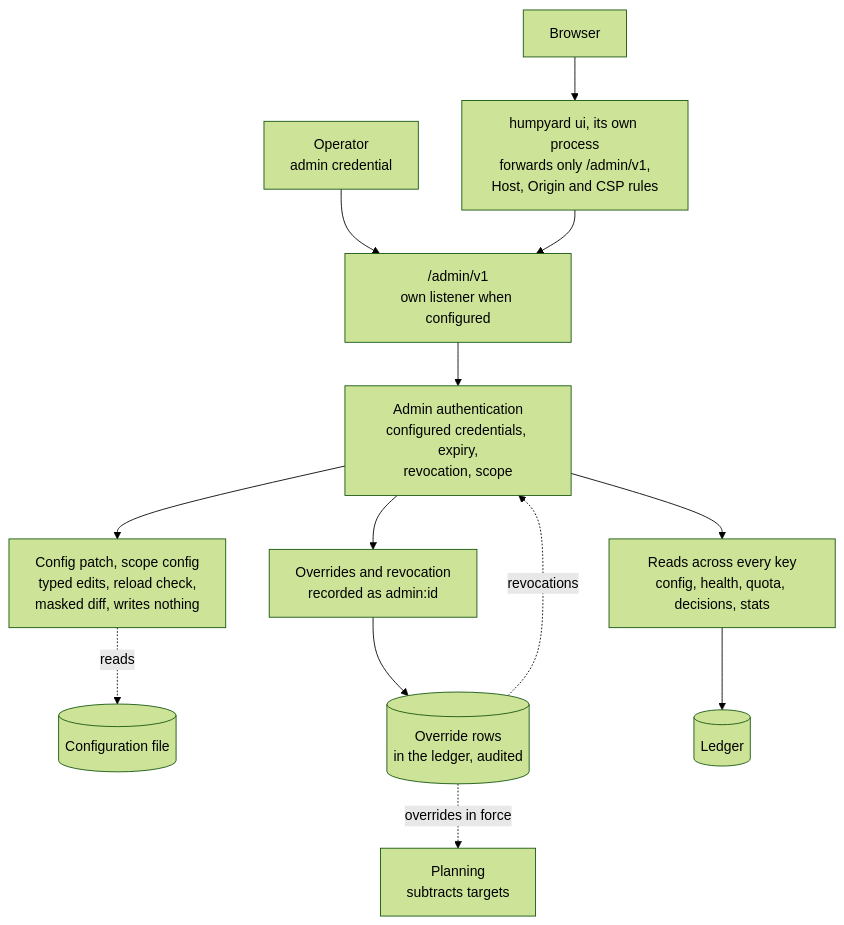
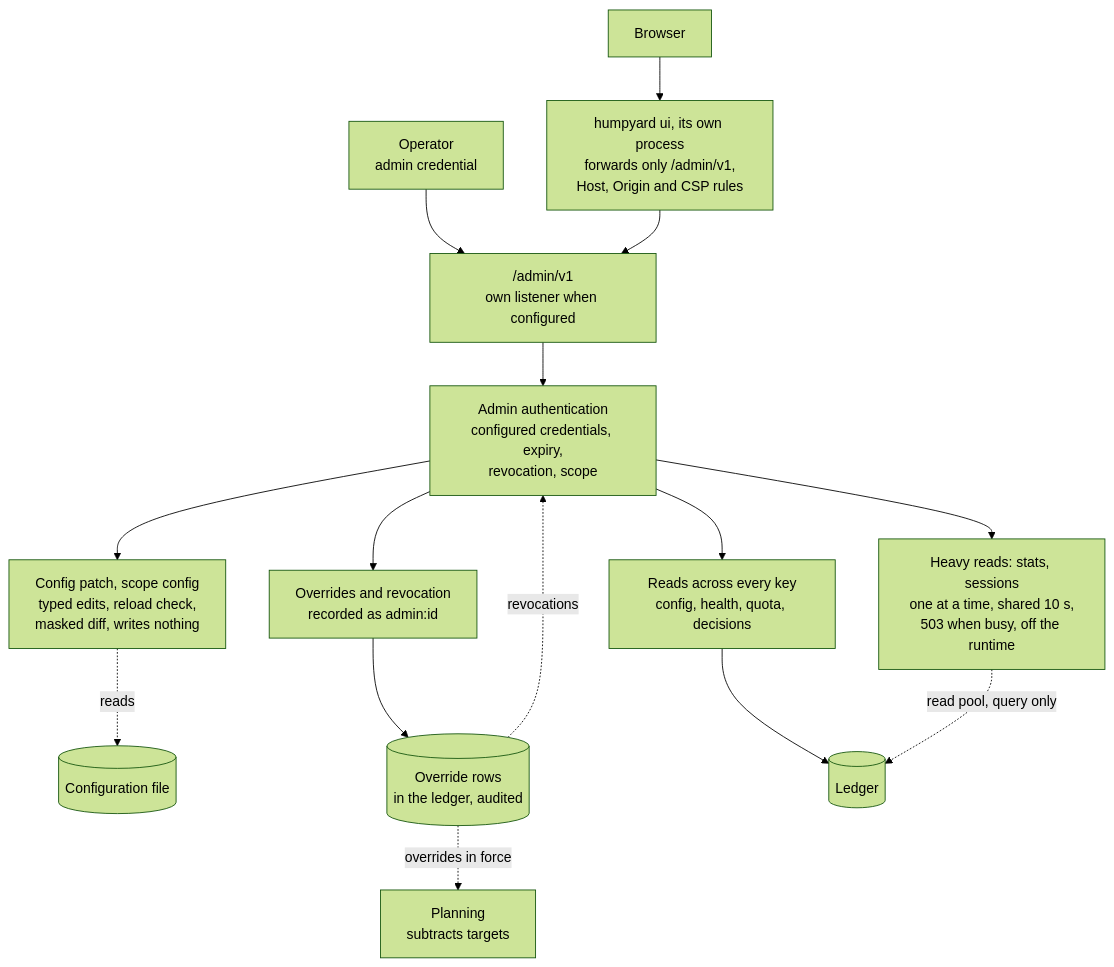
Before and after one commit to gschaetz/humpyard: the third of 4 diagrams in docs/architecture.md, drawn with Mermaid (forest theme). The commit also changed other lines of this file and 16 other files, not shown here.

Commit message:
docs(perf): architecture and threat model brought up to date, ADR 0036 accepted, change archived (define-performance-budget 4.1-4.3) (#292)

````diff
--- a/docs/architecture.md
+++ b/docs/architecture.md
@@ -135,15 +136,17 @@
 ```mermaid
 flowchart TD
     OP[Operator<br/>admin credential] --> ADM["/admin/v1<br/>own listener when configured"]
     BR[Browser] --> UIP["humpyard ui, its own process<br/>forwards only /admin/v1,<br/>Host, Origin and CSP rules"]
     UIP --> ADM
     ADM --> AUTHN[Admin authentication<br/>configured credentials, expiry,<br/>revocation, scope]
-    AUTHN --> READ[Reads across every key<br/>config, health, quota, decisions, stats]
+    AUTHN --> READ[Reads across every key<br/>config, health, quota, decisions]
+    AUTHN --> HEAVY[Heavy reads: stats, sessions<br/>one at a time, shared 10 s,<br/>503 when busy, off the runtime]
     AUTHN --> OVR[Overrides and revocation<br/>recorded as admin:id]
     AUTHN --> PAT[Config patch, scope config<br/>typed edits, reload check,<br/>masked diff, writes nothing]
     PAT -. reads .-> FILE[(Configuration file)]
     OVR --> STORE[(Override rows<br/>in the ledger, audited)]
     STORE -. overrides in force .-> PLAN[Planning<br/>subtracts targets]
     STORE -. revocations .-> AUTHN
     READ --> LED[(Ledger)]
+    HEAVY -. read pool, query only .-> LED
 ```
````
